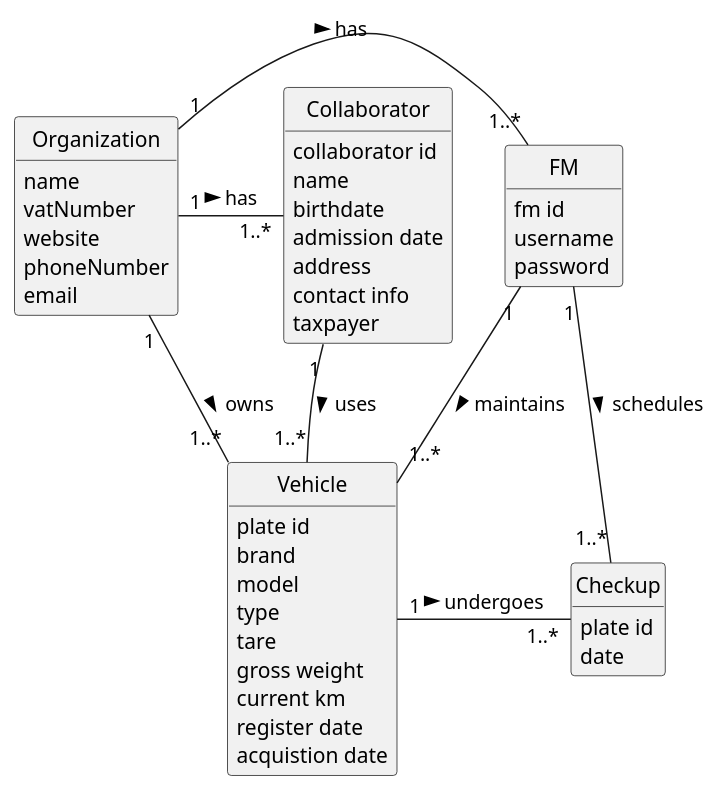
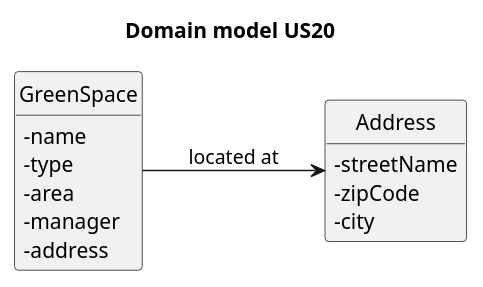
The diagram in docs/sprintC/us020/02.analysis/puml/us020-domain-model.puml (rpedros02/lei-24-s2-1DL-g08), drawn with PlantUML before and after one commit. The commit also changed 1 other file, not shown here.

```diff
--- a/docs/sprintC/us020/02.analysis/puml/us020-domain-model.puml
+++ b/docs/sprintC/us020/02.analysis/puml/us020-domain-model.puml
@@ -1,61 +1,31 @@
 @startuml
 skinparam monochrome true
 skinparam packageStyle rectangle
 skinparam shadowing false
+
+left to right direction
+
 skinparam classAttributeIconSize 0
 
 hide circle
 hide methods
 
+title Domain model US20
 
-class Organization {
-    name
-    vatNumber
-    website
-    phoneNumber
-    email
-}
-class Vehicle {
-    plate id
-    brand
-    model
-    type
-    tare
-    gross weight
-    current km
-    register date
-    acquistion date
-}
-class Collaborator {
-    collaborator id
-    name
-    birthdate
-    admission date
-    address
-    contact info
-    taxpayer
+class "Address" {
+    -streetName
+    -zipCode
+    -city
 }
 
-class FM {
-    fm id
-    username
-    password
-
+class "GreenSpace" {
+    -name
+    -type
+    -area
+    -manager
+    -address
 }
 
-class Checkup {
-    plate id
-    date
-
-}
-
-Organization "1" - "1..*" FM: has >
-Organization "1" - "1..*" Collaborator: has >
-Organization "1" - "1..*" Vehicle: owns >
-Collaborator "1" -- "1..*" Vehicle: uses >
-FM "1" -- "1..*" Vehicle: maintains >
-FM "1" - "1..*" Checkup: schedules >
-Vehicle "1" - "1..*" Checkup: undergoes >
-
+GreenSpace --> Address : located at
 
 @enduml
```
